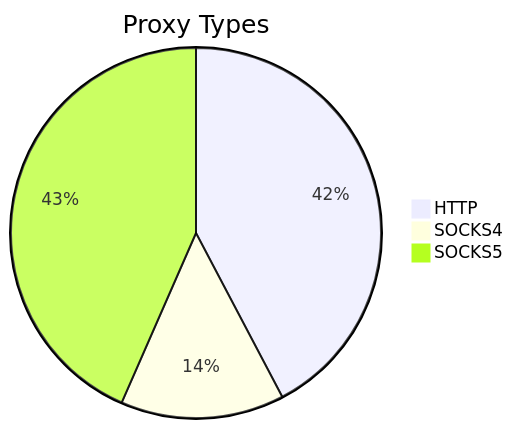
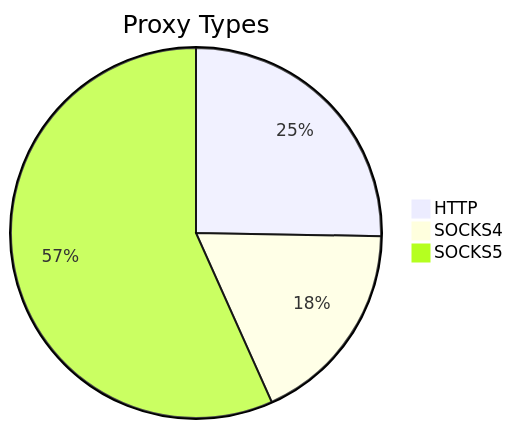
The first of 2 diagrams in README.md (stormsia/proxy-list), drawn with Mermaid before and after one commit. The commit also changed other lines of this file, not shown here.

````diff
--- a/README.md
+++ b/README.md
@@ -21,6 +21,6 @@
 ```mermaid
 pie title Proxy Types
-    "HTTP" : 74
-    "SOCKS4" : 25
-    "SOCKS5" : 76
+    "HTTP" : 115
+    "SOCKS4" : 82
+    "SOCKS5" : 258
 ```
````
